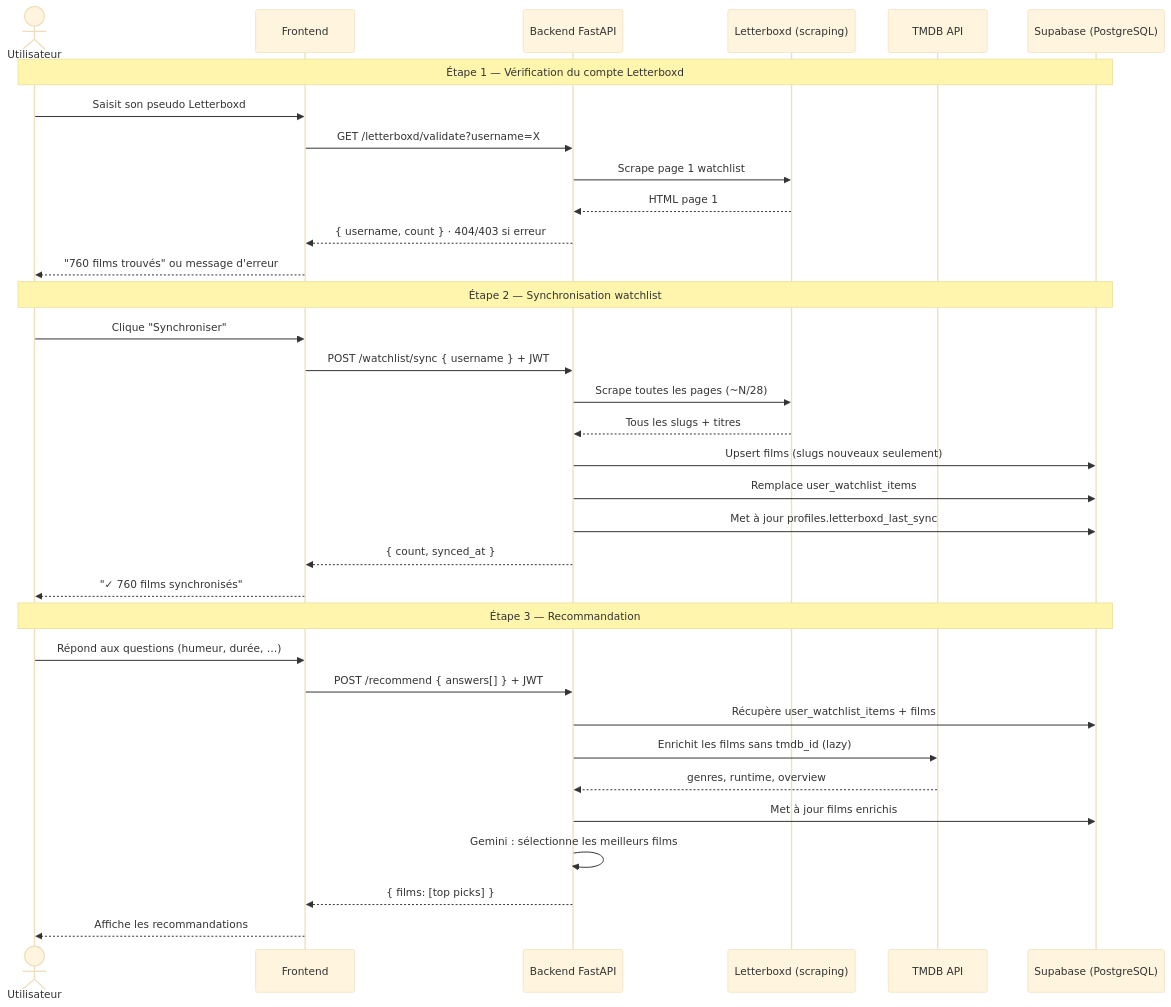
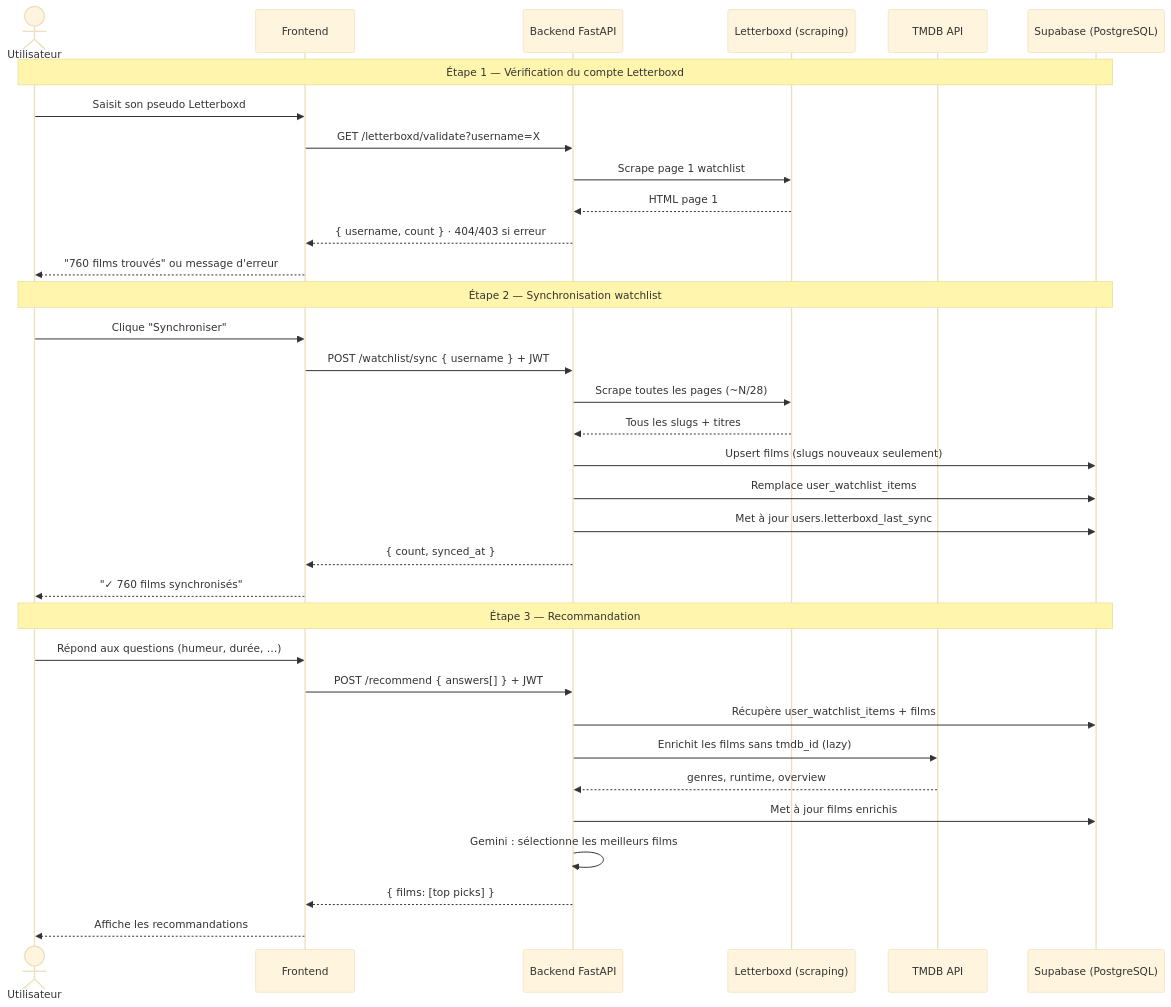
The third of 3 diagrams in docs/architecture.md (Maxim-Dubreil/CinePick), drawn with Mermaid (base theme) before and after one commit. The commit also changed other lines of this file and 3 other files, not shown here.

First line of the commit message:
fix: rename profiles table references to users

````diff
--- a/docs/architecture.md
+++ b/docs/architecture.md
@@ -91,39 +91,39 @@
 ```mermaid
 sequenceDiagram
     actor U as Utilisateur
     participant F as Frontend
     participant B as Backend FastAPI
     participant LB as Letterboxd (scraping)
     participant TM as TMDB API
     participant DB as Supabase (PostgreSQL)
 
     Note over U,DB: Étape 1 — Vérification du compte Letterboxd
     U->>F: Saisit son pseudo Letterboxd
     F->>B: GET /letterboxd/validate?username=X
     B->>LB: Scrape page 1 watchlist
     LB-->>B: HTML page 1
     B-->>F: { username, count } · 404/403 si erreur
     F-->>U: "760 films trouvés" ou message d'erreur
 
     Note over U,DB: Étape 2 — Synchronisation watchlist
     U->>F: Clique "Synchroniser"
     F->>B: POST /watchlist/sync { username } + JWT
     B->>LB: Scrape toutes les pages (~N/28)
     LB-->>B: Tous les slugs + titres
     B->>DB: Upsert films (slugs nouveaux seulement)
     B->>DB: Remplace user_watchlist_items
-    B->>DB: Met à jour profiles.letterboxd_last_sync
+    B->>DB: Met à jour users.letterboxd_last_sync
     B-->>F: { count, synced_at }
     F-->>U: "✓ 760 films synchronisés"
 
     Note over U,DB: Étape 3 — Recommandation
     U->>F: Répond aux questions (humeur, durée, …)
     F->>B: POST /recommend { answers[] } + JWT
     B->>DB: Récupère user_watchlist_items + films
     B->>TM: Enrichit les films sans tmdb_id (lazy)
     TM-->>B: genres, runtime, overview
     B->>DB: Met à jour films enrichis
     B->>B: Gemini : sélectionne les meilleurs films
     B-->>F: { films: [top picks] }
     F-->>U: Affiche les recommandations
 ```
````
